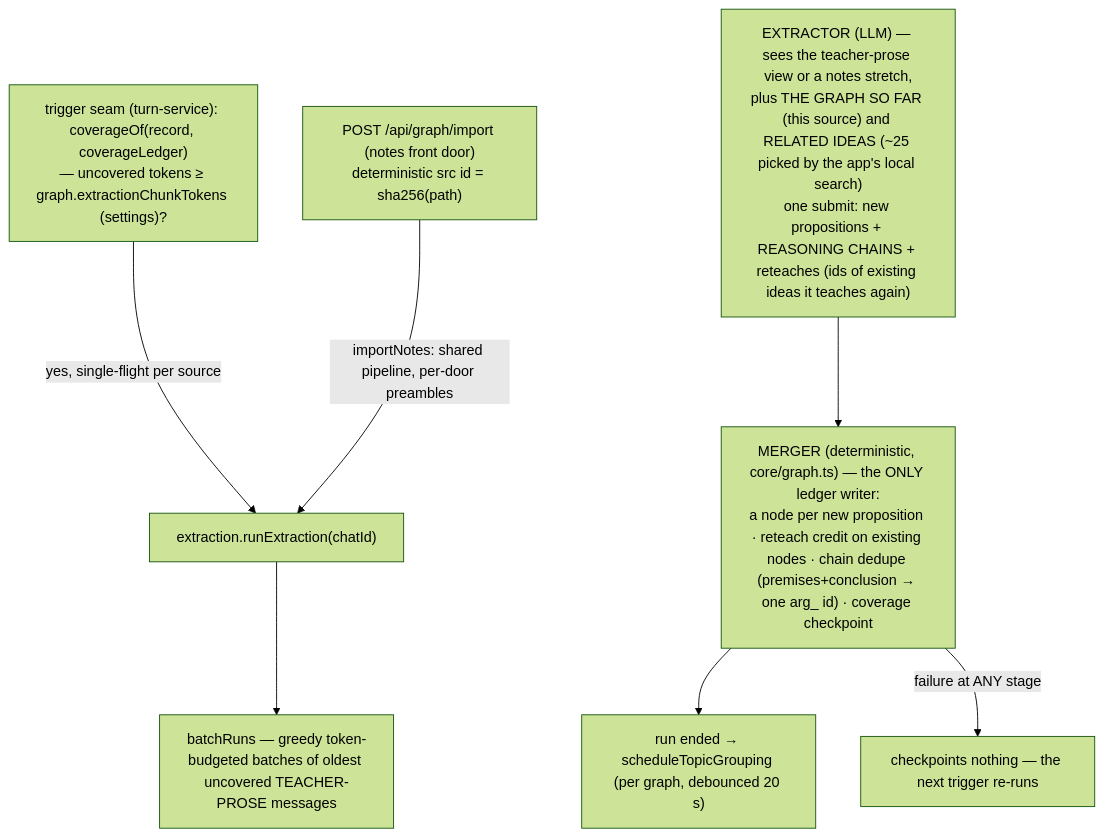
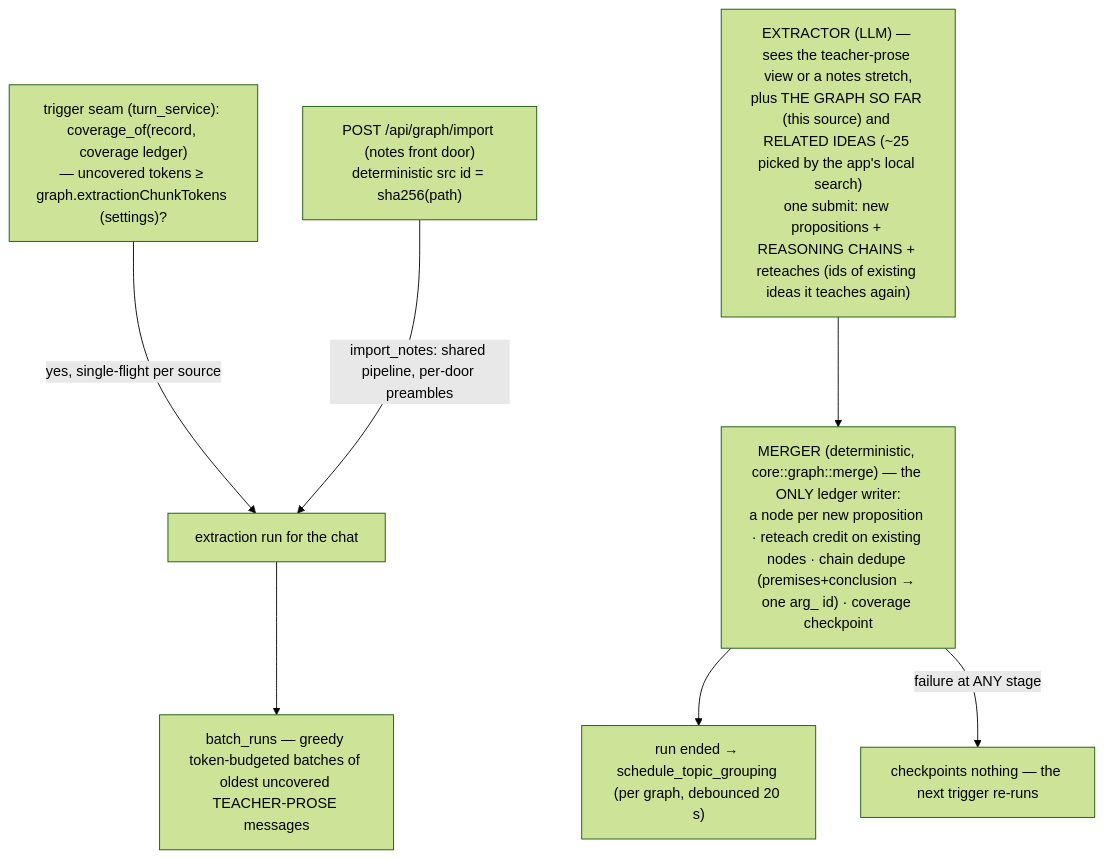
Before and after one commit to bayshores/godspeed: the sixth of 7 diagrams in docs/architecture.md, drawn with Mermaid (forest theme). The commit also changed other lines of this file and 5 other files, not shown here.

Commit message:
Rewrite the README, development guide, architecture and Rust server docs for the Rust server and the Tauri shell

````diff
--- a/docs/architecture.md
+++ b/docs/architecture.md
@@ -347,11 +353,11 @@
 ```mermaid
 flowchart TB
-    TRIG["trigger seam (turn-service): coverageOf(record, coverageLedger)<br/>— uncovered tokens ≥ graph.extractionChunkTokens (settings)?"] -->|"yes, single-flight per source"| RUN["extraction.runExtraction(chatId)"]
-    IMPORT["POST /api/graph/import (notes front door)<br/>deterministic src id = sha256(path)"] -->|"importNotes: shared pipeline, per-door preambles"| RUN
-    RUN --> BATCH["batchRuns — greedy token-budgeted batches of oldest uncovered TEACHER-PROSE messages"]
+    TRIG["trigger seam (turn_service): coverage_of(record, coverage ledger)<br/>— uncovered tokens ≥ graph.extractionChunkTokens (settings)?"] -->|"yes, single-flight per source"| RUN["extraction run for the chat"]
+    IMPORT["POST /api/graph/import (notes front door)<br/>deterministic src id = sha256(path)"] -->|"import_notes: shared pipeline, per-door preambles"| RUN
+    RUN --> BATCH["batch_runs — greedy token-budgeted batches of oldest uncovered TEACHER-PROSE messages"]
     EXT["EXTRACTOR (LLM) — sees the teacher-prose view or a notes stretch,<br/>plus THE GRAPH SO FAR (this source) and RELATED IDEAS (~25 picked by the app's local search)<br/>one submit: new propositions + REASONING CHAINS + reteaches (ids of existing ideas it teaches again)"]
     EXT --> MERGE
-    MERGE["MERGER (deterministic, core/graph.ts) — the ONLY ledger writer:<br/>a node per new proposition · reteach credit on existing nodes · chain dedupe (premises+conclusion → one arg_ id) · coverage checkpoint"]
-    MERGE --> GROUP["run ended → scheduleTopicGrouping (per graph, debounced 20 s)"]
+    MERGE["MERGER (deterministic, core::graph::merge) — the ONLY ledger writer:<br/>a node per new proposition · reteach credit on existing nodes · chain dedupe (premises+conclusion → one arg_ id) · coverage checkpoint"]
+    MERGE --> GROUP["run ended → schedule_topic_grouping (per graph, debounced 20 s)"]
     MERGE -->|"failure at ANY stage"| NOTHING["checkpoints nothing — the next trigger re-runs"]
 ```
````
